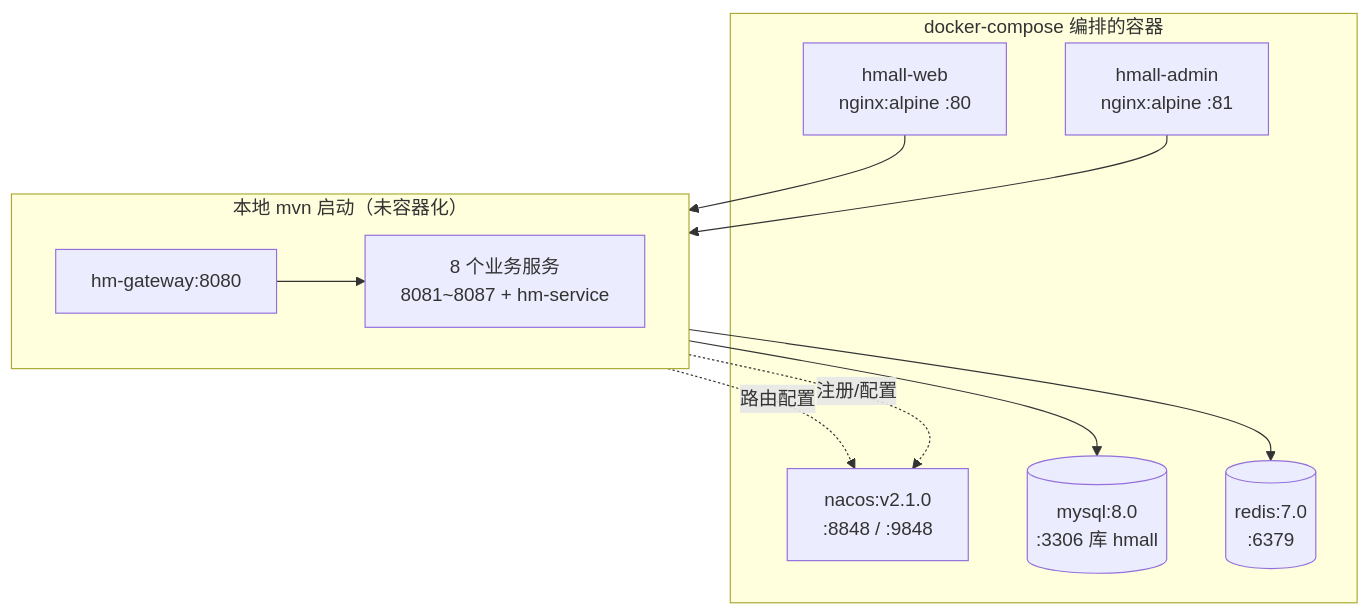
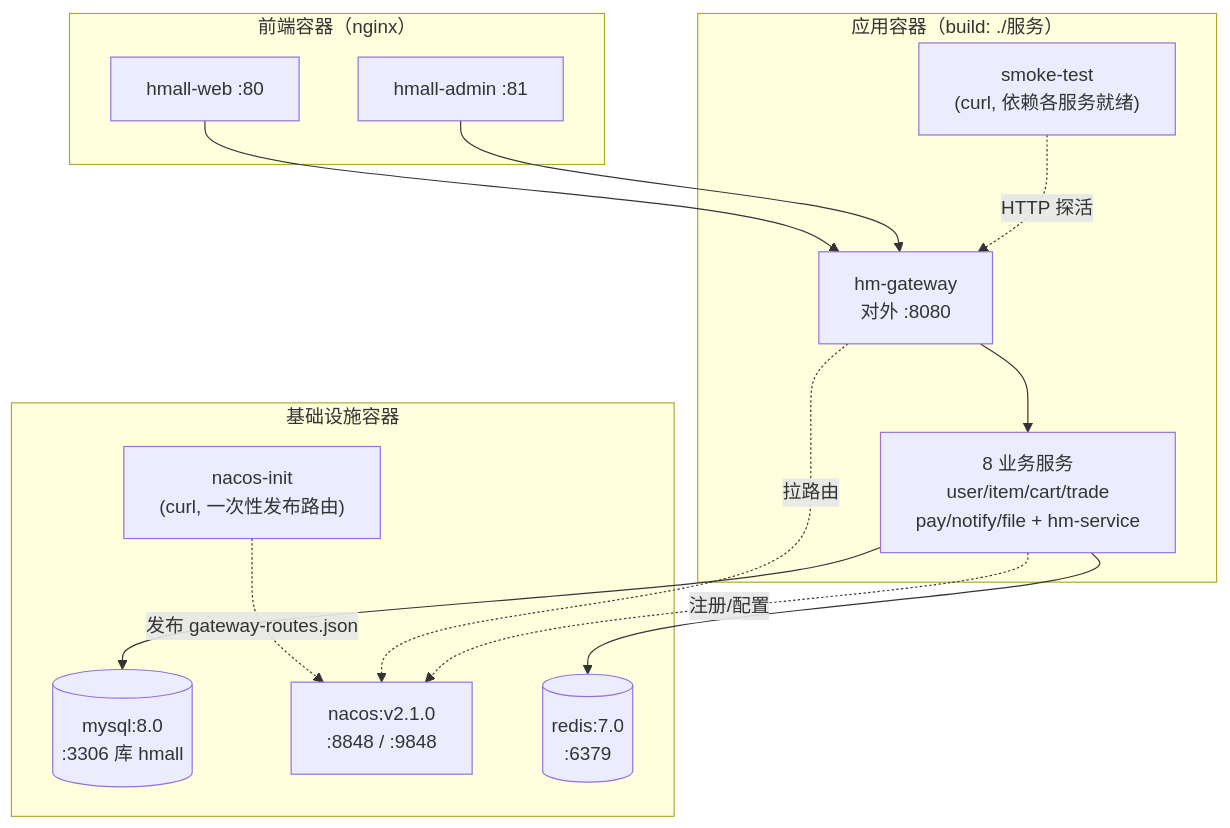
One commit to 3219378872/web-dev-experiment changed the second of 2 diagrams in docs/structure/01-system-architecture.md. Above: the diagram before and after it, drawn with Mermaid. The commit also changed other lines of this file and 4 other files, not shown here.

````diff
--- a/docs/structure/01-system-architecture.md
+++ b/docs/structure/01-system-architecture.md
@@ -59,24 +61,30 @@
 ```mermaid
 flowchart TB
-    subgraph Compose[docker-compose 编排的容器]
-        WebC["hmall-web<br/>nginx:alpine :80"]
-        AdminC["hmall-admin<br/>nginx:alpine :81"]
+    subgraph Infra[基础设施容器]
+        MySQLC[("mysql:8.0<br/>:3306 库 hmall")]
         NacosC["nacos:v2.1.0<br/>:8848 / :9848"]
-        MySQLC[("mysql:8.0<br/>:3306 库 hmall")]
         RedisC[("redis:7.0<br/>:6379")]
+        InitC["nacos-init<br/>(curl, 一次性发布路由)"]
     end
 
-    subgraph Local["本地 mvn 启动（未容器化）"]
-        direction LR
-        GWp[hm-gateway:8080]
-        Svc["8 个业务服务<br/>8081~8087 + hm-service"]
+    subgraph App[应用容器（build: ./服务）]
+        GWc["hm-gateway<br/>对外 :8080"]
+        SvcC["8 业务服务<br/>user/item/cart/trade<br/>pay/notify/file + hm-service"]
+        SmokeC["smoke-test<br/>(curl, 依赖各服务就绪)"]
     end
 
-    WebC --> GWp
-    AdminC --> GWp
-    GWp --> Svc
-    GWp -. 路由配置 .-> NacosC
-    Svc -. 注册/配置 .-> NacosC
-    Svc --> MySQLC
-    Svc --> RedisC
+    subgraph Front[前端容器（nginx）]
+        WebC["hmall-web :80"]
+        AdminC["hmall-admin :81"]
+    end
+
+    WebC --> GWc
+    AdminC --> GWc
+    GWc --> SvcC
+    InitC -.->|"发布 gateway-routes.json"| NacosC
+    GWc -.->|"拉路由"| NacosC
+    SvcC -.->|"注册/配置"| NacosC
+    SvcC --> MySQLC
+    SvcC --> RedisC
+    SmokeC -.->|"HTTP 探活"| GWc
 ```
````
